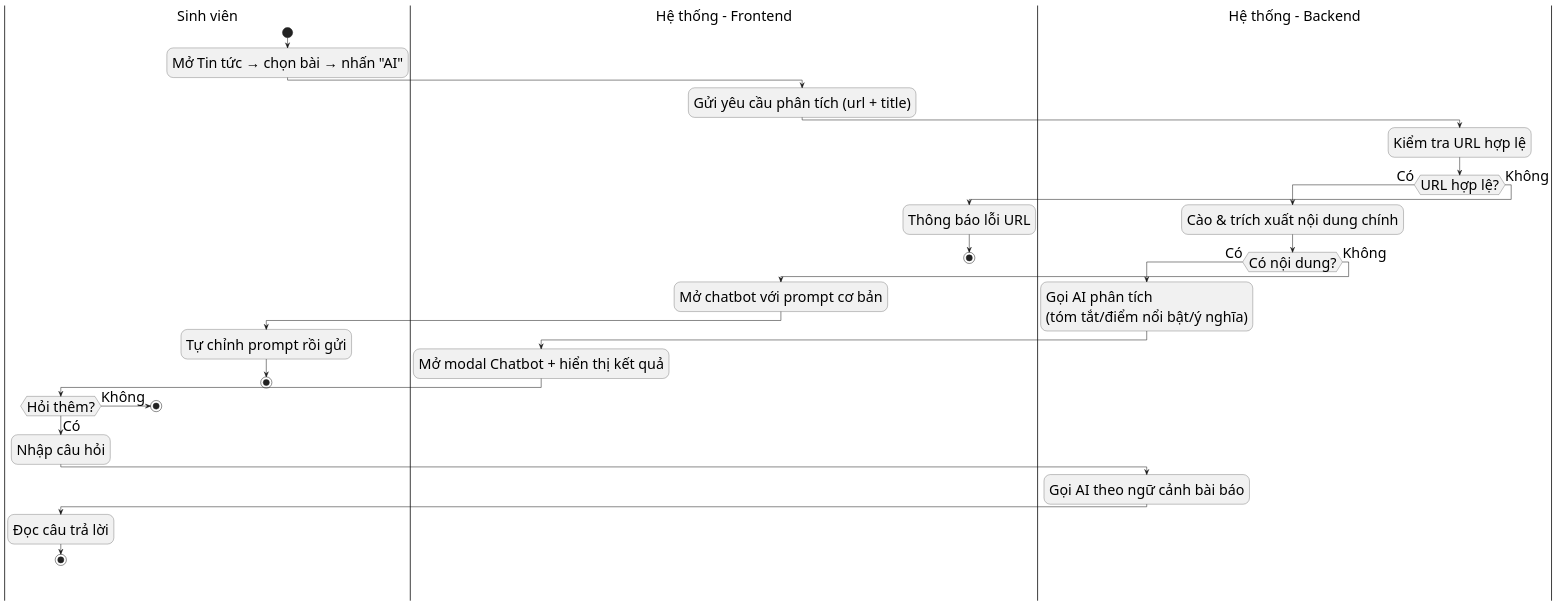
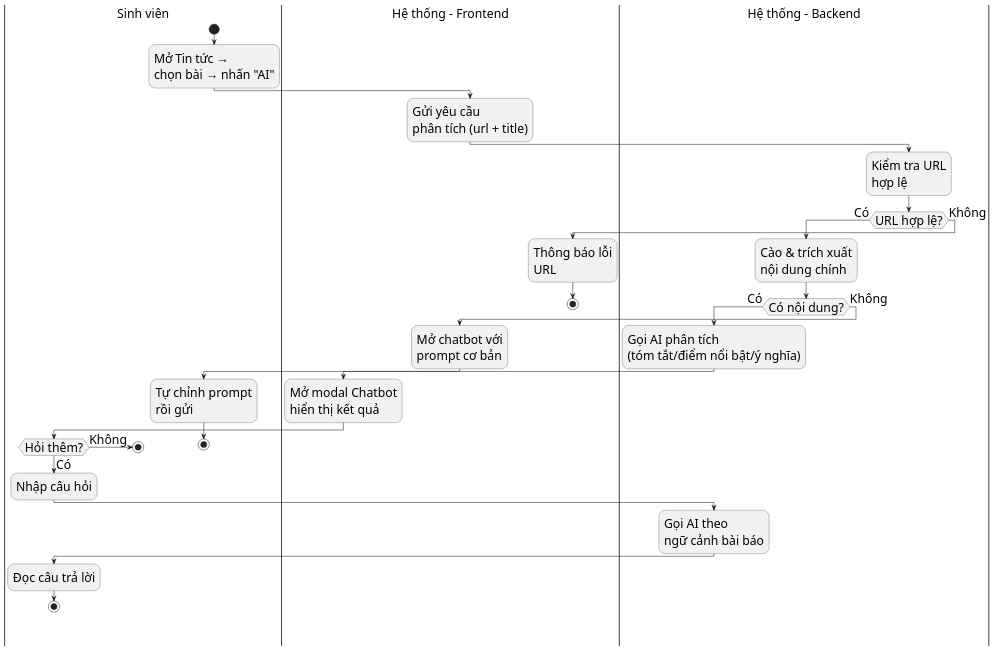
Before and after one commit to s0nbuildtech287/dormitory-frontend: the diagram in diagrams/nhomailog/ai_news_analyze_activity.puml, drawn with PlantUML. The commit also changed 1 other file, not shown here.

```diff
--- a/diagrams/nhomailog/ai_news_analyze_activity.puml
+++ b/diagrams/nhomailog/ai_news_analyze_activity.puml
@@ -1,41 +1,50 @@
 @startuml "AI News Analyze Activity"
-skinparam defaultFontSize 28
+skinparam defaultFontSize 24
 skinparam defaultFontName "Times New Roman"
 ' Activity Diagram: Phân tích bài báo bằng AI
 |Sinh viên|
 start
-:Mở Tin tức → chọn bài → nhấn "AI";
+:Mở Tin tức →
+chọn bài → nhấn "AI";
 |Hệ thống - Frontend|
-:Gửi yêu cầu phân tích (url + title);
+:Gửi yêu cầu
+phân tích (url + title);
 |Hệ thống - Backend|
-:Kiểm tra URL hợp lệ;
+:Kiểm tra URL
+hợp lệ;
 if (URL hợp lệ?) then (Có)
-  :Cào & trích xuất nội dung chính;
+  :Cào & trích xuất
+  nội dung chính;
   if (Có nội dung?) then (Có)
     :Gọi AI phân tích\n(tóm tắt/điểm nổi bật/ý nghĩa);
     |Hệ thống - Frontend|
-    :Mở modal Chatbot + hiển thị kết quả;
+    :Mở modal Chatbot
+    hiển thị kết quả;
     |Sinh viên|
     if (Hỏi thêm?) then (Có)
       :Nhập câu hỏi;
       |Hệ thống - Backend|
-      :Gọi AI theo ngữ cảnh bài báo;
+      :Gọi AI theo
+      ngữ cảnh bài báo;
       |Sinh viên|
       :Đọc câu trả lời;
       stop
     else (Không)
       stop
     endif
   else (Không)
     |Hệ thống - Frontend|
-    :Mở chatbot với prompt cơ bản;
+    :Mở chatbot với
+    prompt cơ bản;
     |Sinh viên|
-    :Tự chỉnh prompt rồi gửi;
+    :Tự chỉnh prompt
+    rồi gửi;
     stop
   endif
 else (Không)
   |Hệ thống - Frontend|
-  :Thông báo lỗi URL;
+  :Thông báo lỗi
+  URL;
   stop
 endif
 @enduml
```
